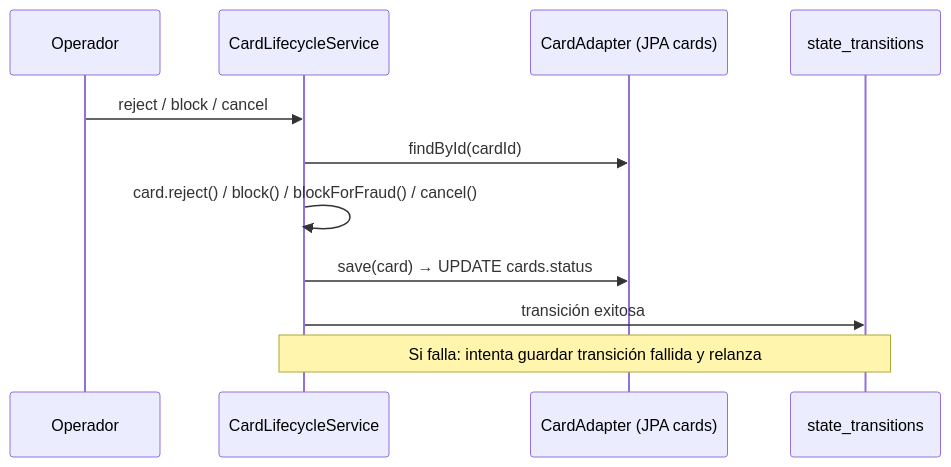
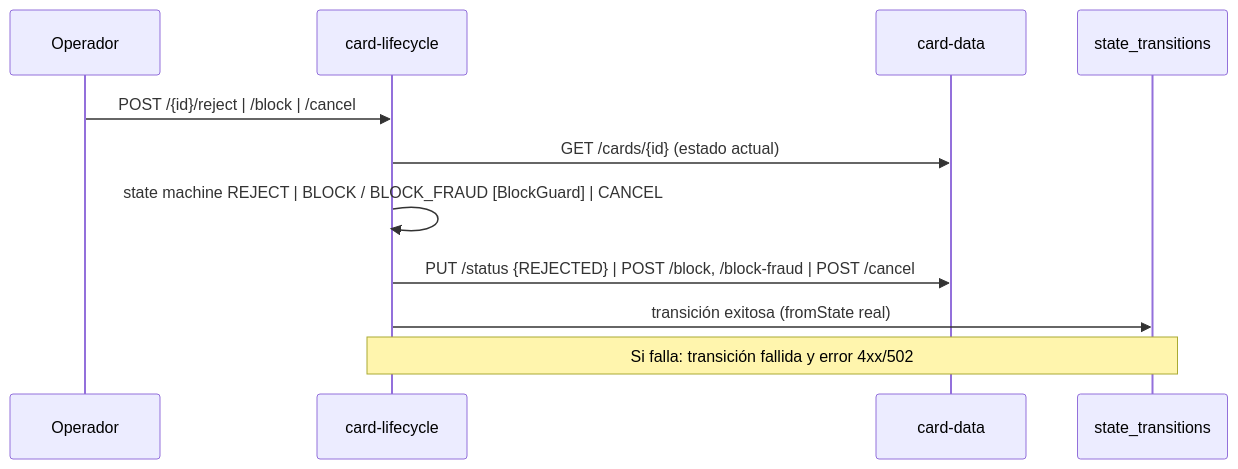
The fifth of 5 diagrams in docs/technical/LIFECYCLE.md (creditcard-managment/card-managment-service), drawn with Mermaid before and after one commit. The commit also changed other lines of this file and 3 other files, not shown here.

First line of the commit message:
docs: update LIFECYCLE, DATA, EVENTS and PAYMENT for the new lifecycle flow

````diff
--- a/docs/technical/LIFECYCLE.md
+++ b/docs/technical/LIFECYCLE.md
@@ -350,14 +367,14 @@
 ```mermaid
 sequenceDiagram
     participant Op as Operador
-    participant S as CardLifecycleService
-    participant A as CardAdapter (JPA cards)
+    participant CL as card-lifecycle
+    participant CD as card-data
     participant DB as state_transitions
 
-    Op->>S: reject / block / cancel
-    S->>A: findById(cardId)
-    S->>S: card.reject() / block() / blockForFraud() / cancel()
-    S->>A: save(card) → UPDATE cards.status
-    S->>DB: transición exitosa
-    Note over S,DB: Si falla: intenta guardar transición fallida y relanza
+    Op->>CL: POST /{id}/reject | /block | /cancel
+    CL->>CD: GET /cards/{id} (estado actual)
+    CL->>CL: state machine REJECT | BLOCK / BLOCK_FRAUD [BlockGuard] | CANCEL
+    CL->>CD: PUT /status {REJECTED} | POST /block, /block-fraud | POST /cancel
+    CL->>DB: transición exitosa (fromState real)
+    Note over CL,DB: Si falla: transición fallida y error 4xx/502
 ```
````
